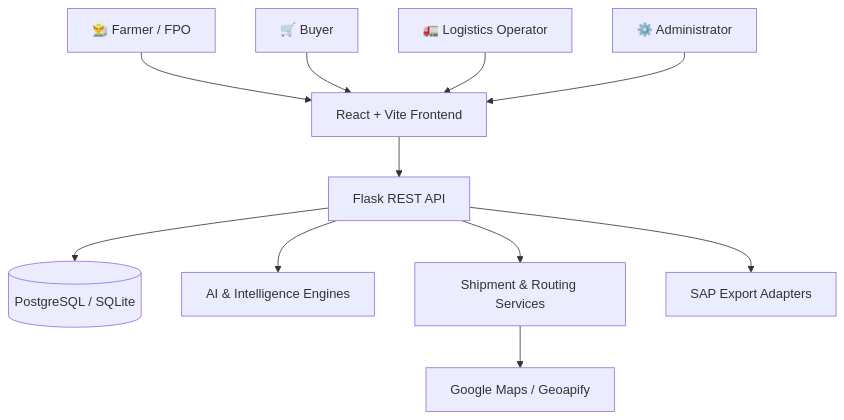
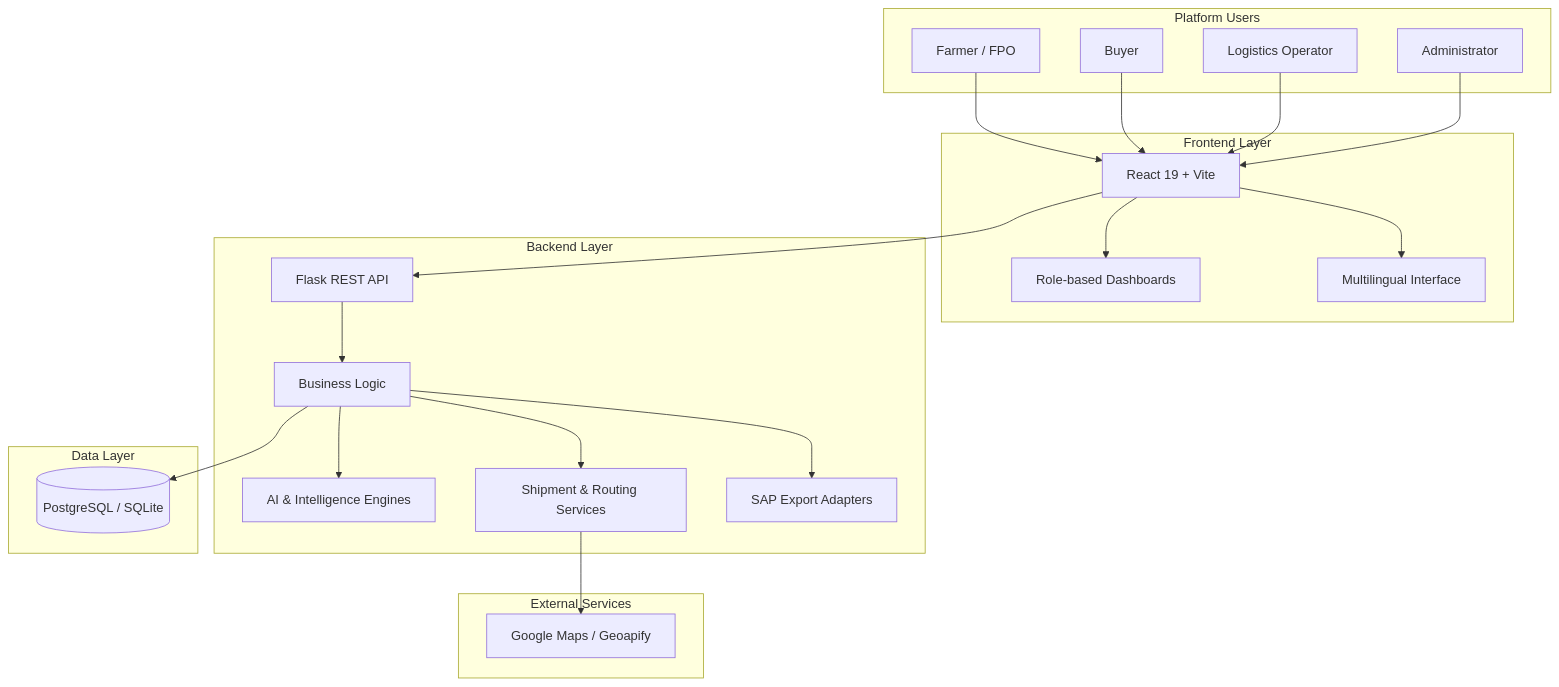
Before and after one commit to jeevanhs9/KrishiMitra: the second of 3 diagrams in README.md, drawn with Mermaid. The commit also changed other lines of this file, not shown here.

````diff
--- a/README.md
+++ b/README.md
@@ -153,21 +215,48 @@
 ```mermaid
 flowchart TB
-    A["👨‍🌾 Farmer / FPO"]
-    B["🛒 Buyer"]
-    C["🚛 Logistics Operator"]
-    D["⚙️ Administrator"]
+    subgraph USERS["Platform Users"]
+        A["Farmer / FPO"]
+        B["Buyer"]
+        C["Logistics Operator"]
+        D["Administrator"]
+    end
 
-    A --> E["React + Vite Frontend"]
+    subgraph FRONTEND["Frontend Layer"]
+        E["React 19 + Vite"]
+        F["Role-based Dashboards"]
+        G["Multilingual Interface"]
+    end
+
+    subgraph BACKEND["Backend Layer"]
+        H["Flask REST API"]
+        I["Business Logic"]
+        J["AI & Intelligence Engines"]
+        K["Shipment & Routing Services"]
+        L["SAP Export Adapters"]
+    end
+
+    subgraph STORAGE["Data Layer"]
+        M[("PostgreSQL / SQLite")]
+    end
+
+    subgraph EXTERNAL["External Services"]
+        N["Google Maps / Geoapify"]
+    end
+
+    A --> E
     B --> E
     C --> E
     D --> E
 
-    E --> F["Flask REST API"]
+    E --> F
+    E --> G
+    E --> H
 
-    F --> G[("PostgreSQL / SQLite")]
-    F --> H["AI & Intelligence Engines"]
-    F --> I["Shipment & Routing Services"]
-    F --> J["SAP Export Adapters"]
+    H --> I
+    I --> J
+    I --> K
+    I --> L
+    I --> M
 
-    I --> K["Google Maps / Geoapify"]
+    K --> N
 ```
````
